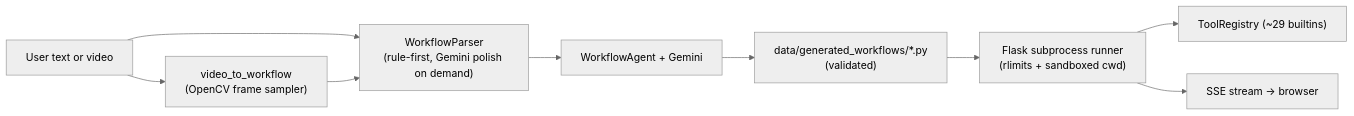
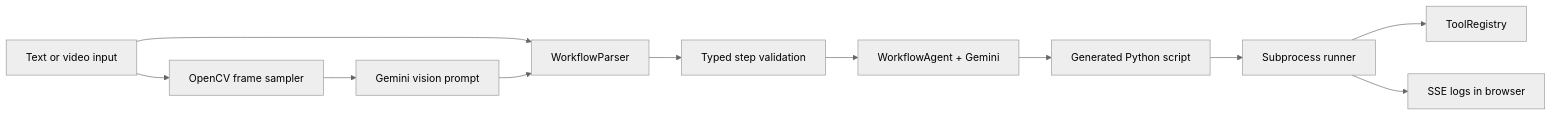
Before and after one commit to KMeltzer24/workflowMVP: the diagram in README.md, drawn with Mermaid (neutral theme). The commit also changed other lines of this file and 35 other files, not shown here.

Commit message:
Polish tool system contracts and packaging

````diff
--- a/README.md
+++ b/README.md
@@ -9,11 +31,13 @@
 ```mermaid
 flowchart LR
-    user["User text or video"] --> parser["WorkflowParser<br/>(rule-first, Gemini polish on demand)"]
-    user --> video["video_to_workflow<br/>(OpenCV frame sampler)"]
-    video --> parser
-    parser --> agentNode["WorkflowAgent + Gemini"]
-    agentNode --> script["data/generated_workflows/*.py<br/>(validated)"]
-    script --> runner["Flask subprocess runner<br/>(rlimits + sandboxed cwd)"]
-    runner --> tools["ToolRegistry (~29 builtins)"]
-    runner --> sse["SSE stream → browser"]
+    input["Text or video input"] --> parser["WorkflowParser"]
+    input --> video["OpenCV frame sampler"]
+    video --> vision["Gemini vision prompt"]
+    vision --> parser
+    parser --> validation["Typed step validation"]
+    validation --> agent["WorkflowAgent + Gemini"]
+    agent --> script["Generated Python script"]
+    script --> runner["Subprocess runner"]
+    runner --> tools["ToolRegistry"]
+    runner --> logs["SSE logs in browser"]
 ```
````
